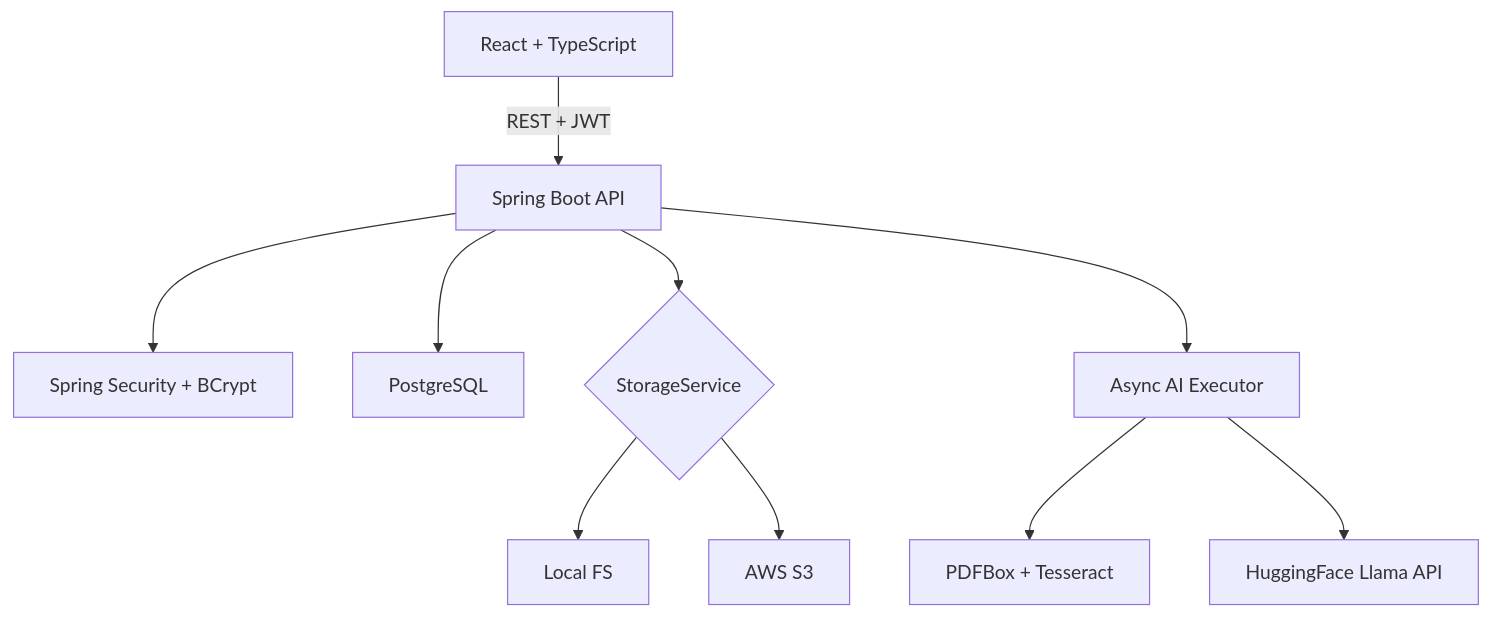
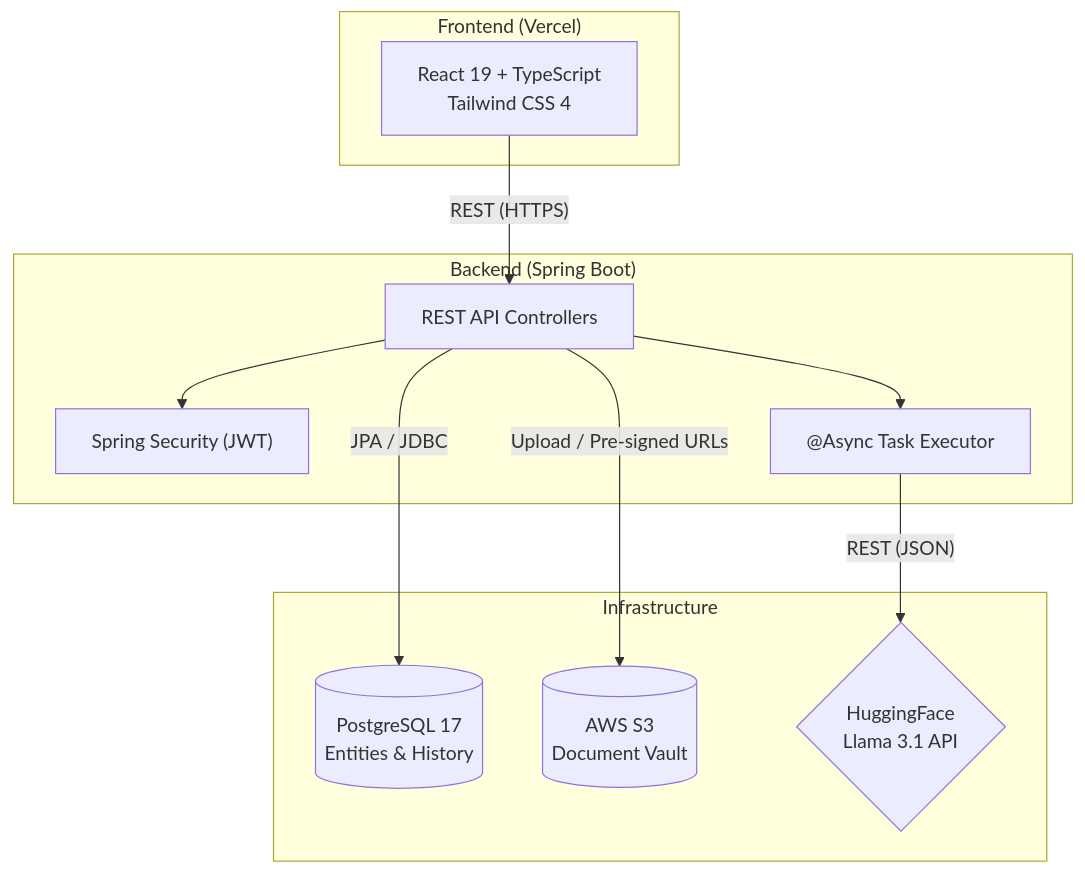
The first of 2 diagrams in README.md (barveakshat/Aarogyakul), drawn with Mermaid before and after one commit. The commit also changed other lines of this file and 2 other files, not shown here.

````diff
--- a/README.md
+++ b/README.md
@@ -73,12 +80,26 @@
 ```mermaid
 flowchart TB
-    UI["React + TypeScript"] -->|"REST + JWT"| API["Spring Boot API"]
-    API --> AUTH["Spring Security + BCrypt"]
-    API --> DB["PostgreSQL"]
-    API --> STORE{"StorageService"}
-    STORE --> LOCAL["Local FS"]
-    STORE --> S3["AWS S3"]
-    API --> EXEC["Async AI Executor"]
-    EXEC --> OCR["PDFBox + Tesseract"]
-    EXEC --> HF["HuggingFace Llama API"]
+    subgraph Frontend ["Frontend (Vercel)"]
+        UI["React 19 + TypeScript\nTailwind CSS 4"]
+    end
+
+    subgraph Backend ["Backend (Spring Boot)"]
+        API["REST API Controllers"]
+        AUTH["Spring Security (JWT)"]
+        EXEC["@Async Task Executor"]
+        
+        API --> AUTH
+        API --> EXEC
+    end
+
+    subgraph Cloud & External ["Infrastructure"]
+        DB[(PostgreSQL 17\nEntities & History)]
+        S3[("AWS S3\nDocument Vault")]
+        HF{"HuggingFace\nLlama 3.1 API"}
+    end
+
+    UI -->|"REST (HTTPS)"| API
+    API -->|"JPA / JDBC"| DB
+    API -->|"Upload / Pre-signed URLs"| S3
+    EXEC -->|"REST (JSON)"| HF
 ```
````
